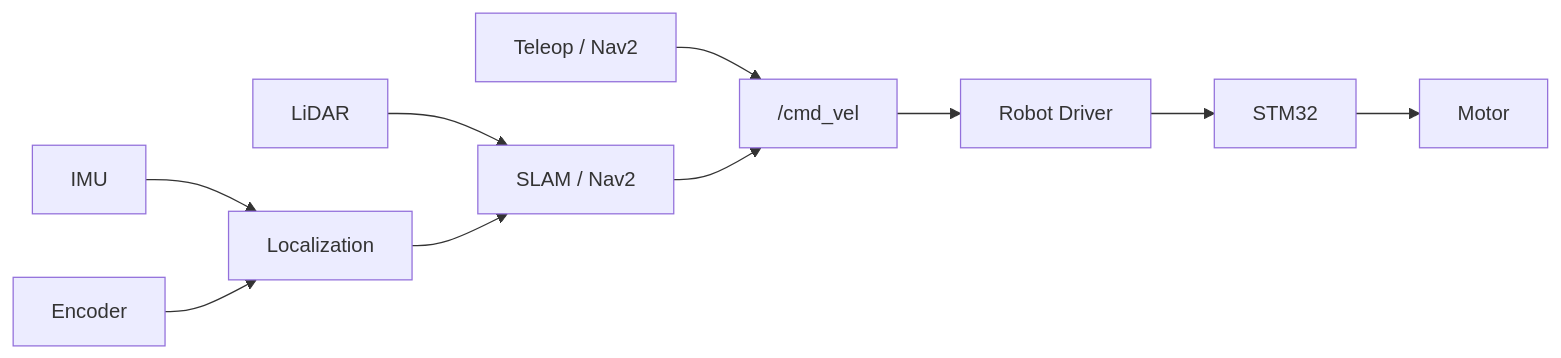
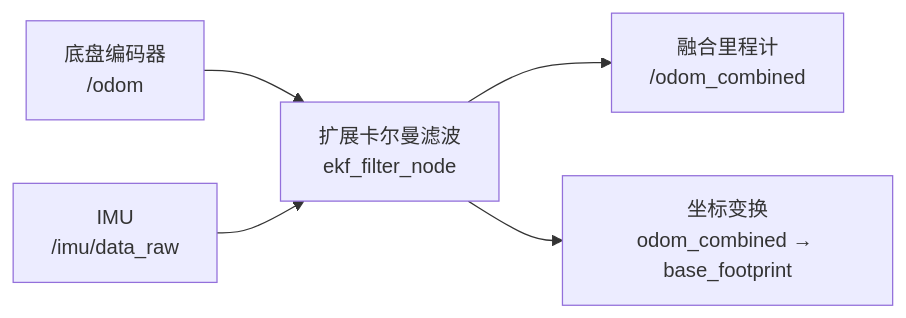
The diagram in README.md (Sally551/ROS2-Autonomous-Mobile-Robot-Platform), drawn with Mermaid before and after one commit. The commit also changed other lines of this file and 10 other files, not shown here.

````diff
--- a/README.md
+++ b/README.md
@@ -9,14 +11,7 @@
 ```mermaid
 flowchart LR
-    A["Teleop / Nav2"] --> B["/cmd_vel"]
-    B --> C["Robot Driver"]
-    C --> D["STM32"]
-    D --> E["Motor"]
-
-    F["LiDAR"] --> G["SLAM / Nav2"]
-    H["IMU"] --> I["Localization"]
-    J["Encoder"] --> I
-
-    I --> G
-    G --> B
+    A["底盘编码器<br/>/odom"] --> C["扩展卡尔曼滤波<br/>ekf_filter_node"]
+    B["IMU<br/>/imu/data_raw"] --> C
+    C --> D["融合里程计<br/>/odom_combined"]
+    C --> E["坐标变换<br/>odom_combined → base_footprint"]
 ```
````
